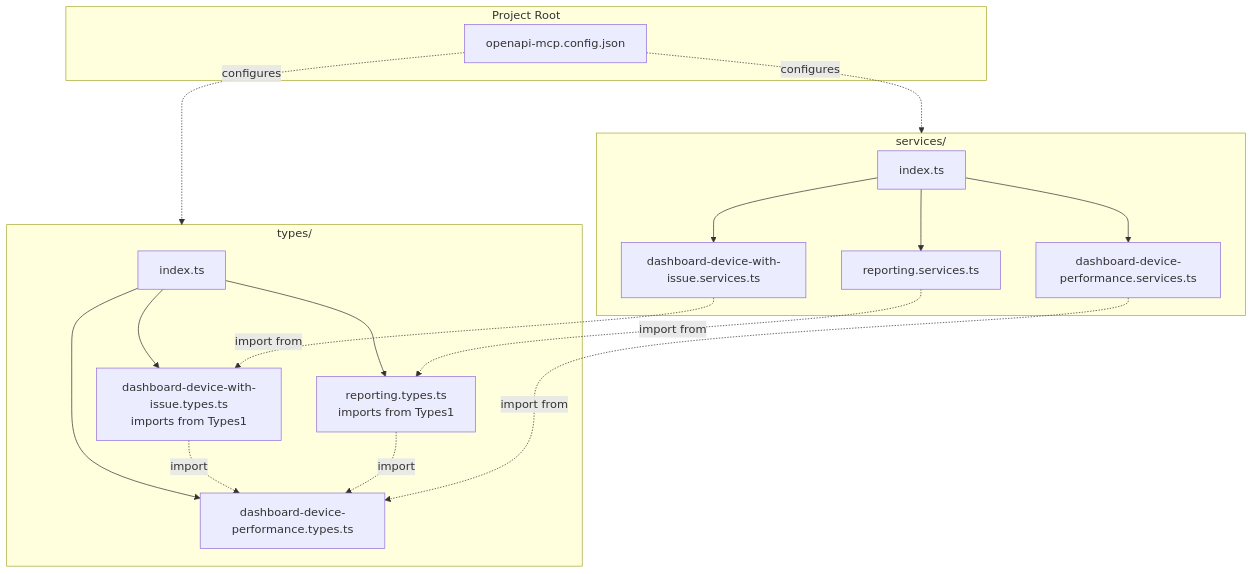
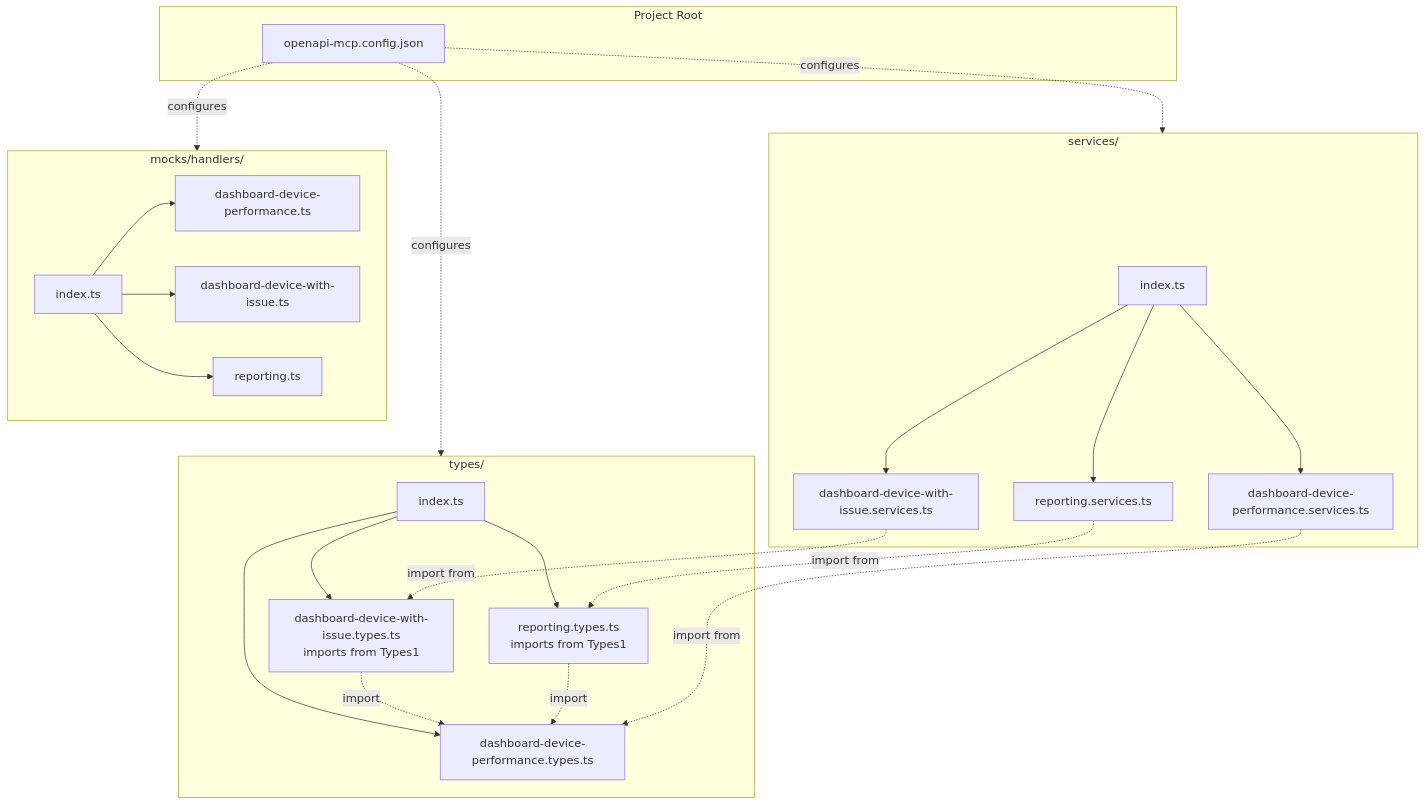
The fifth of 7 diagrams in ARCHITECTURE.md (dianramdhani/openapi-mcp), drawn with Mermaid before and after one commit. The commit also changed other lines of this file and 11 other files, not shown here.

````diff
--- a/ARCHITECTURE.md
+++ b/ARCHITECTURE.md
@@ -355,34 +398,45 @@
 ```mermaid
 graph TD
     subgraph Project["Project Root"]
         Config[openapi-mcp.config.json]
     end
 
     subgraph Types["types/"]
         TypesIndex[index.ts]
         Types1[dashboard-device-performance.types.ts]
         Types2[dashboard-device-with-issue.types.ts<br/>imports from Types1]
         Types3[reporting.types.ts<br/>imports from Types1]
     end
 
     subgraph Services["services/"]
         SvcIndex[index.ts]
         Svc1[dashboard-device-performance.services.ts]
         Svc2[dashboard-device-with-issue.services.ts]
         Svc3[reporting.services.ts]
     end
 
+    subgraph Mocks["mocks/handlers/"]
+        MockIndex[index.ts]
+        Mock1[dashboard-device-performance.ts]
+        Mock2[dashboard-device-with-issue.ts]
+        Mock3[reporting.ts]
+    end
+
     Config -.->|configures| Types
     Config -.->|configures| Services
+    Config -.->|configures| Mocks
     TypesIndex --> Types1
     TypesIndex --> Types2
     TypesIndex --> Types3
     Types2 -.->|import| Types1
     Types3 -.->|import| Types1
     SvcIndex --> Svc1
     SvcIndex --> Svc2
     SvcIndex --> Svc3
     Svc1 -.->|import from| Types1
     Svc2 -.->|import from| Types2
     Svc3 -.->|import from| Types3
+    MockIndex --> Mock1
+    MockIndex --> Mock2
+    MockIndex --> Mock3
 ```
````
